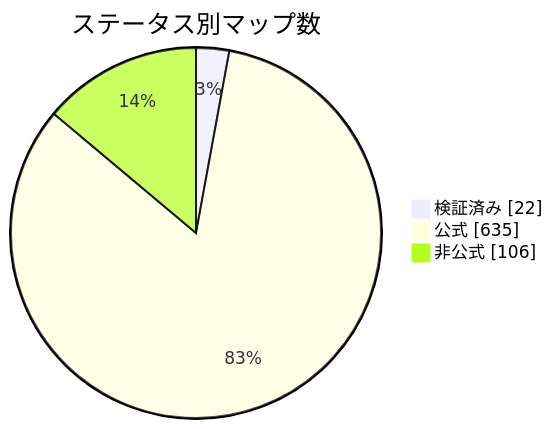
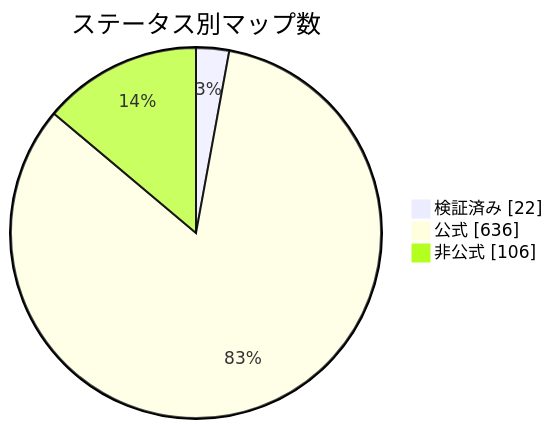
Before and after one commit to nobrega8/mbmap-library: the diagram in docs/readme/README_JP.md, drawn with Mermaid. The commit also changed 6 other files, not shown here.

````diff
--- a/docs/readme/README_JP.md
+++ b/docs/readme/README_JP.md
@@ -54,7 +54,7 @@
 ```mermaid
 pie showData
     title ステータス別マップ数
     "検証済み" : 22
-    "公式" : 635
+    "公式" : 636
     "非公式" : 106
 ```
````
